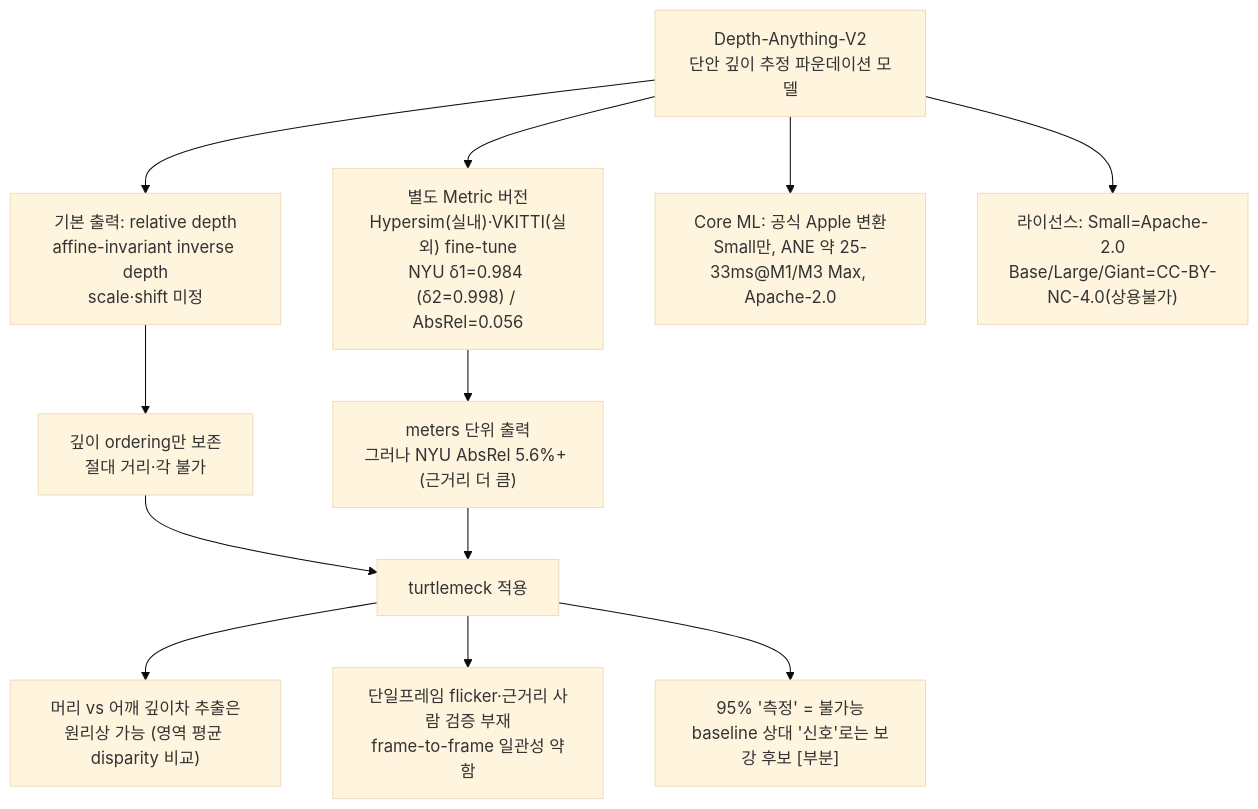
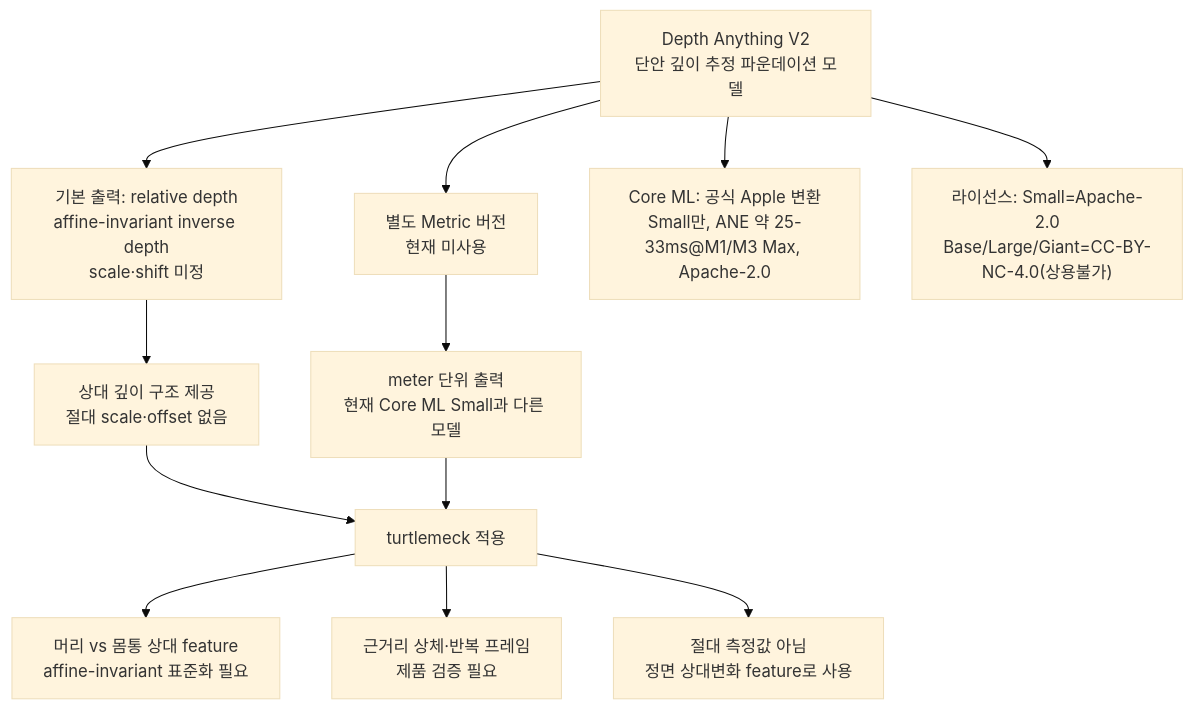
One commit to kimchanhyung98/turtlemeck changed the diagram in docs/depth-estimation/depth-anything-v2/README.md. Above: the diagram before and after it, drawn with Mermaid (base theme). The commit also changed other lines of this file and 40 other files, not shown here.

````diff
--- a/docs/depth-estimation/depth-anything-v2/README.md
+++ b/docs/depth-estimation/depth-anything-v2/README.md
@@ -9,18 +18,18 @@
 ```mermaid
 flowchart TD
-    DA["Depth-Anything-V2<br/>단안 깊이 추정 파운데이션 모델"]
+    DA["Depth Anything V2<br/>단안 깊이 추정 파운데이션 모델"]
     DA --> REL["기본 출력: relative depth<br/>affine-invariant inverse depth<br/>scale·shift 미정"]
-    DA --> MET["별도 Metric 버전<br/>Hypersim(실내)·VKITTI(실외) fine-tune<br/>NYU δ1=0.984 (δ2=0.998) / AbsRel=0.056"]
+    DA --> MET["별도 Metric 버전<br/>현재 미사용"]
 
-    REL --> RP1["깊이 ordering만 보존<br/>절대 거리·각 불가"]
-    MET --> MP1["meters 단위 출력<br/>그러나 NYU AbsRel 5.6%+ (근거리 더 큼)"]
+    REL --> RP1["상대 깊이 구조 제공<br/>절대 scale·offset 없음"]
+    MET --> MP1["meter 단위 출력<br/>현재 Core ML Small과 다른 모델"]
 
     RP1 --> APP["turtlemeck 적용"]
     MP1 --> APP
-    APP --> A1["머리 vs 어깨 깊이차 추출은<br/>원리상 가능 (영역 평균 disparity 비교)"]
-    APP --> A2["단일프레임 flicker·근거리 사람 검증 부재<br/>frame-to-frame 일관성 약함"]
-    APP --> A3["95% '측정' = 불가능<br/>baseline 상대 '신호'로는 보강 후보 [부분]"]
+    APP --> A1["머리 vs 몸통 상대 feature<br/>affine-invariant 표준화 필요"]
+    APP --> A2["근거리 상체·반복 프레임<br/>제품 검증 필요"]
+    APP --> A3["절대 측정값 아님<br/>정면 상대변화 feature로 사용"]
 
     DA --> CM["Core ML: 공식 Apple 변환<br/>Small만, ANE 약 25-33ms@M1/M3 Max, Apache-2.0"]
     DA --> LIC["라이선스: Small=Apache-2.0<br/>Base/Large/Giant=CC-BY-NC-4.0(상용불가)"]
 ```
````
